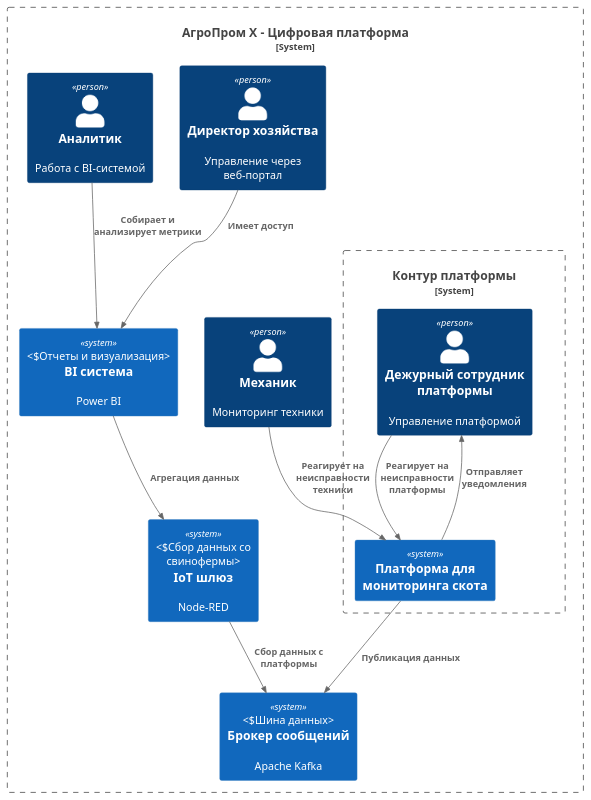
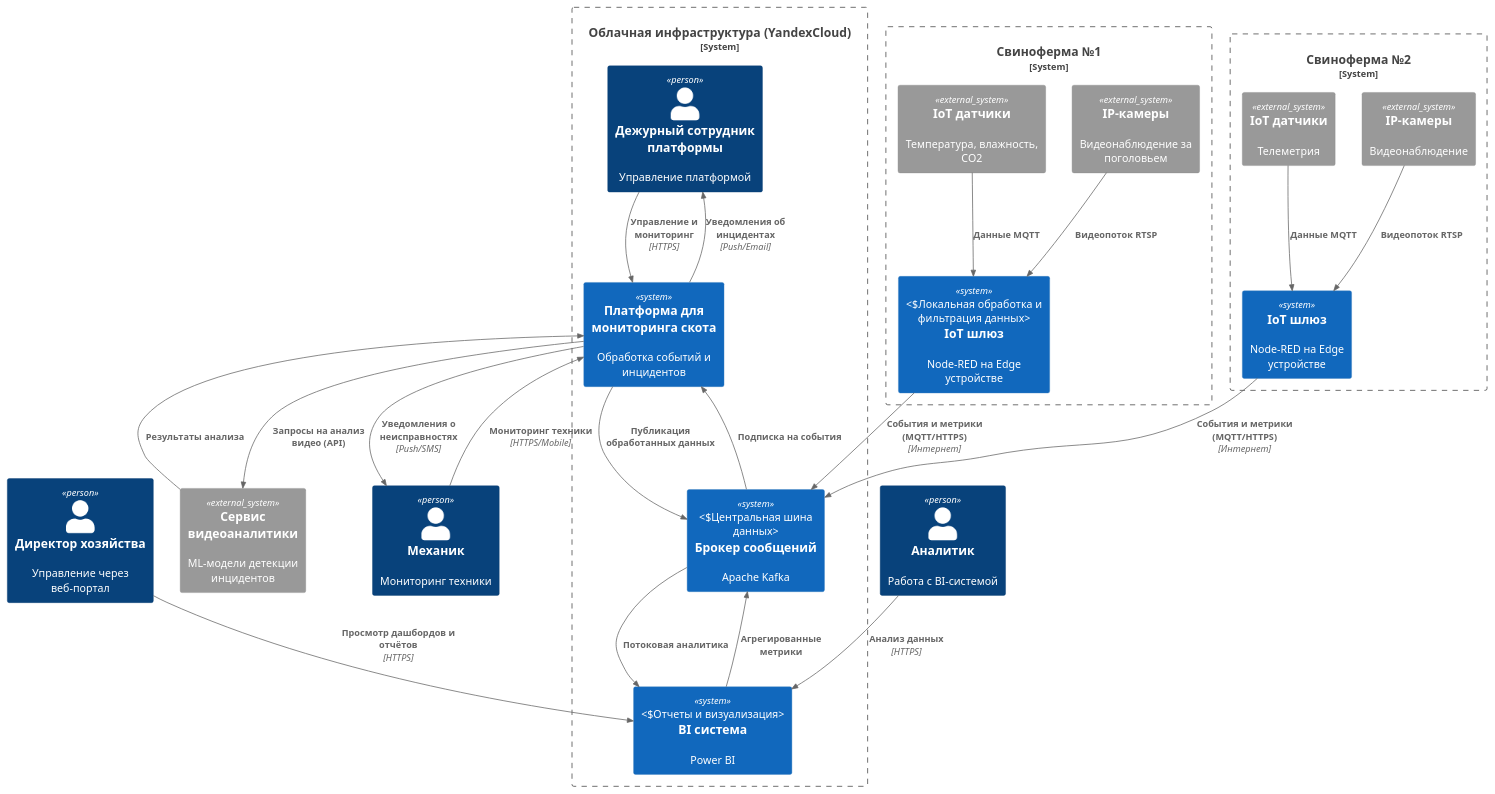
Before and after one commit to valerii-software/MSA-AgroTech: the diagram in Task1/c1_alt.puml, drawn with PlantUML. The commit also changed 2 other files, not shown here.

```diff
--- a/Task1/c1_alt.puml
+++ b/Task1/c1_alt.puml
@@ -1,34 +1,60 @@
 @startuml Context
 
 !include https://raw.githubusercontent.com/plantuml-stdlib/C4-PlantUML/master/C4_Context.puml
 
-System_Boundary(платформа, "АгроПром Х - Цифровая платформа") {
-    System_Boundary(context, "Контур платформы") {
-        Person(employee, "Дежурный сотрудник платформы", "Управление платформой")
-        System(platform, "Платформа для мониторинга скота")
-    }
 
-    Person(director, "Директор хозяйства", "Управление через веб-портал")
-    Person(mechanic, "Механик", "Мониторинг техники")
-    Person(analyst, "Аналитик", "Работа с BI-системой")
+Person(director, "Директор хозяйства", "Управление через веб-портал")
+Person(mechanic, "Механик", "Мониторинг техники")
+Person(analyst, "Аналитик", "Работа с BI-системой")
 
-    System(bi, "BI система", "Power BI", "Отчеты и визуализация")
-    System(iot_шлюз, "IoT шлюз", "Node-RED", "Сбор данных со свинофермы")
 
-    System(kafka, "Брокер сообщений", "Apache Kafka", "Шина данных")
+System_Boundary(farm1, "Свиноферма №1") {
+    System_Ext(cameras, "IP-камеры", "Видеонаблюдение за поголовьем")
+    System_Ext(sensors, "IoT датчики", "Температура, влажность, CO2")
+    System(iot_gateway, "IoT шлюз", "Node-RED на Edge устройстве", "Локальная обработка и фильтрация данных")
 }
 
-' === Взаимосвязи ===
-Rel(platform, kafka, "Публикация данных")
+System_Boundary(farm2, "Свиноферма №2") {
+    System_Ext(cameras2, "IP-камеры", "Видеонаблюдение")
+    System_Ext(sensors2, "IoT датчики", "Телеметрия")
+    System(iot_gateway2, "IoT шлюз", "Node-RED на Edge устройстве")
+}
 
-Rel(bi, iot_шлюз, "Агрегация данных")
-Rel(iot_шлюз, kafka, "Сбор данных с платформы")
+System_Boundary(cloud, "Облачная инфраструктура (YandexCloud)") {
+    Person(employee, "Дежурный сотрудник платформы", "Управление платформой")
 
-Rel(employee, platform, "Реагирует на неисправности платформы")
-Rel(platform, employee, "Отправляет уведомления")
+    System(kafka, "Брокер сообщений", "Apache Kafka", "Центральная шина данных")
+    System(platform, "Платформа для мониторинга скота", "Обработка событий и инцидентов")
+    System(bi, "BI система", "Power BI", "Отчеты и визуализация")
+}
 
-Rel(director, bi, "Имеет доступ")
-Rel(analyst, bi, "Собирает и анализирует метрики")
-Rel(mechanic, platform, "Реагирует на неисправности техники")
+System_Ext(video_analytics, "Сервис видеоаналитики", "ML-модели детекции инцидентов")
+
+' === Взаимосвязи с устройствами ===
+Rel(cameras, iot_gateway, "Видеопоток RTSP")
+Rel(sensors, iot_gateway, "Данные MQTT")
+Rel(iot_gateway, kafka, "События и метрики (MQTT/HTTPS)", "Интернет")
+
+Rel(cameras2, iot_gateway2, "Видеопоток RTSP")
+Rel(sensors2, iot_gateway2, "Данные MQTT")
+Rel(iot_gateway2, kafka, "События и метрики (MQTT/HTTPS)", "Интернет")
+
+' === Взаимосвязи между системами ===
+Rel(kafka, platform, "Подписка на события")
+Rel(platform, video_analytics, "Запросы на анализ видео (API)")
+Rel(video_analytics, platform, "Результаты анализа")
+Rel(platform, kafka, "Публикация обработанных данных")
+
+Rel(kafka, bi, "Потоковая аналитика")
+Rel(bi, kafka, "Агрегированные метрики")
+
+' === Взаимосвязи с пользователями ===
+Rel(employee, platform, "Управление и мониторинг", "HTTPS")
+Rel(platform, employee, "Уведомления об инцидентах", "Push/Email")
+
+Rel(director, bi, "Просмотр дашбордов и отчётов", "HTTPS")
+Rel(analyst, bi, "Анализ данных", "HTTPS")
+Rel(mechanic, platform, "Мониторинг техники", "HTTPS/Mobile")
+Rel(platform, mechanic, "Уведомления о неисправностях", "Push/SMS")
 
 @enduml
```
